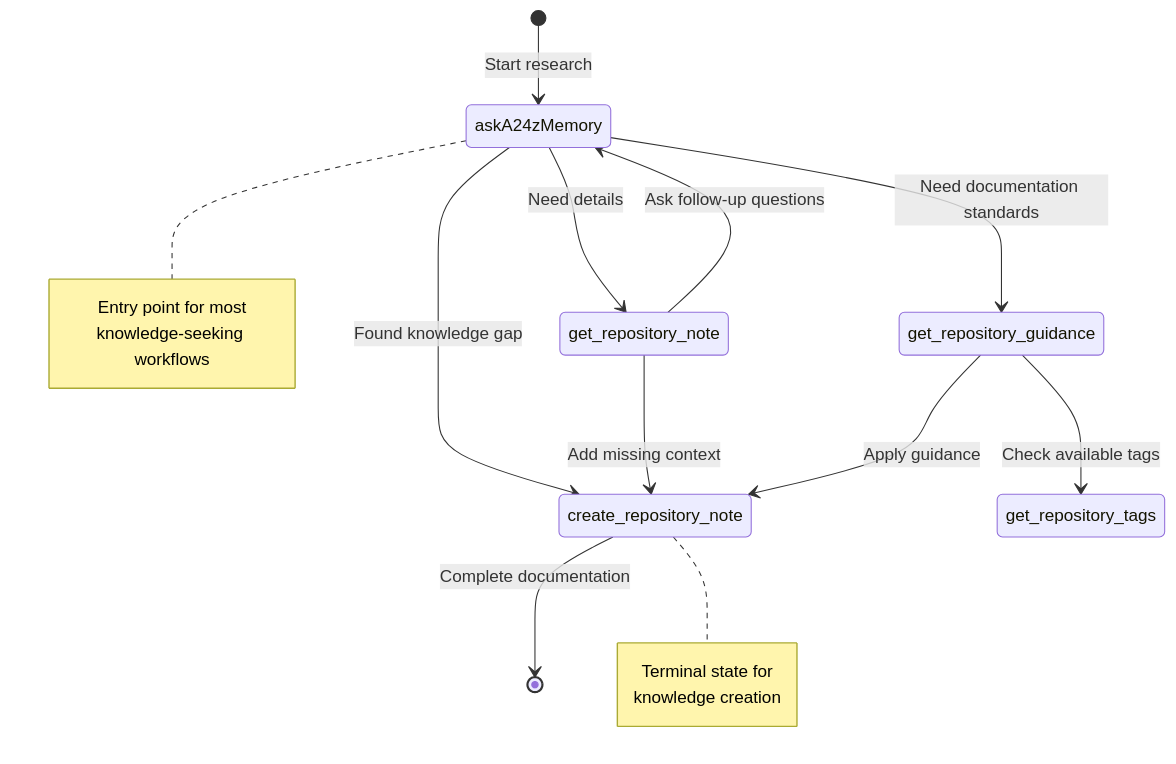
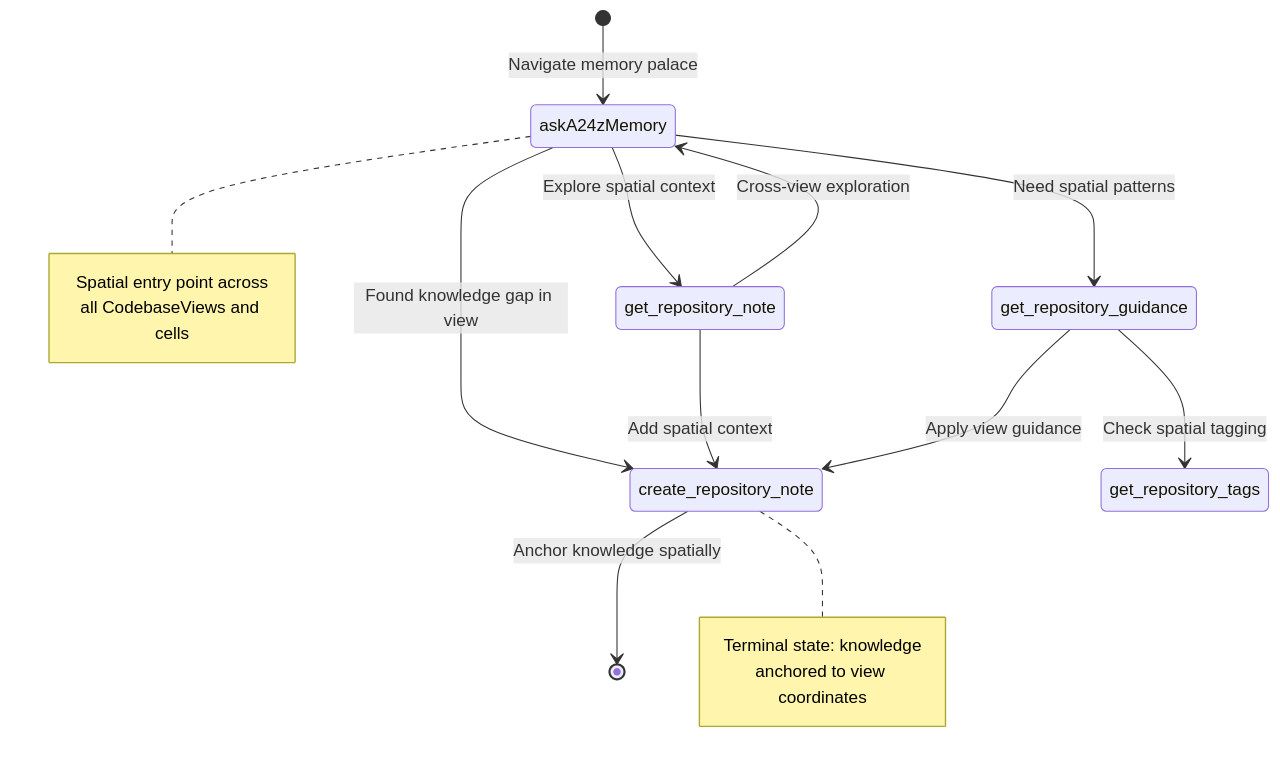
The first of 3 diagrams in docs/tool-workflows/main-workflow.md (a24z-ai/a24z-memory), drawn with Mermaid before and after one commit. The commit also changed other lines of this file and 71 other files, not shown here.

First line of the commit message:
feat: replace AskA24zMemoryTool with ListCodebaseViewsTool

````diff
--- a/docs/tool-workflows/main-workflow.md
+++ b/docs/tool-workflows/main-workflow.md
@@ -5,25 +5,25 @@
 ```mermaid
 stateDiagram-v2
-    [*] --> askA24zMemory: Start research
-    askA24zMemory --> get_repository_note: Need details
-    askA24zMemory --> create_repository_note: Found knowledge gap
-    askA24zMemory --> get_repository_guidance: Need documentation standards
+    [*] --> askA24zMemory: Navigate memory palace
+    askA24zMemory --> get_repository_note: Explore spatial context
+    askA24zMemory --> create_repository_note: Found knowledge gap in view
+    askA24zMemory --> get_repository_guidance: Need spatial patterns
 
-    get_repository_note --> create_repository_note: Add missing context
-    get_repository_note --> askA24zMemory: Ask follow-up questions
+    get_repository_note --> create_repository_note: Add spatial context
+    get_repository_note --> askA24zMemory: Cross-view exploration
 
-    get_repository_guidance --> create_repository_note: Apply guidance
-    get_repository_guidance --> get_repository_tags: Check available tags
+    get_repository_guidance --> create_repository_note: Apply view guidance
+    get_repository_guidance --> get_repository_tags: Check spatial tagging
 
-    create_repository_note --> [*]: Complete documentation
+    create_repository_note --> [*]: Anchor knowledge spatially
 
     note right of askA24zMemory
-        Entry point for most
-        knowledge-seeking workflows
+        Spatial entry point across
+        all CodebaseViews and cells
     end note
 
     note right of create_repository_note
-        Terminal state for
-        knowledge creation
+        Terminal state: knowledge
+        anchored to view coordinates
     end note
 ```
````
